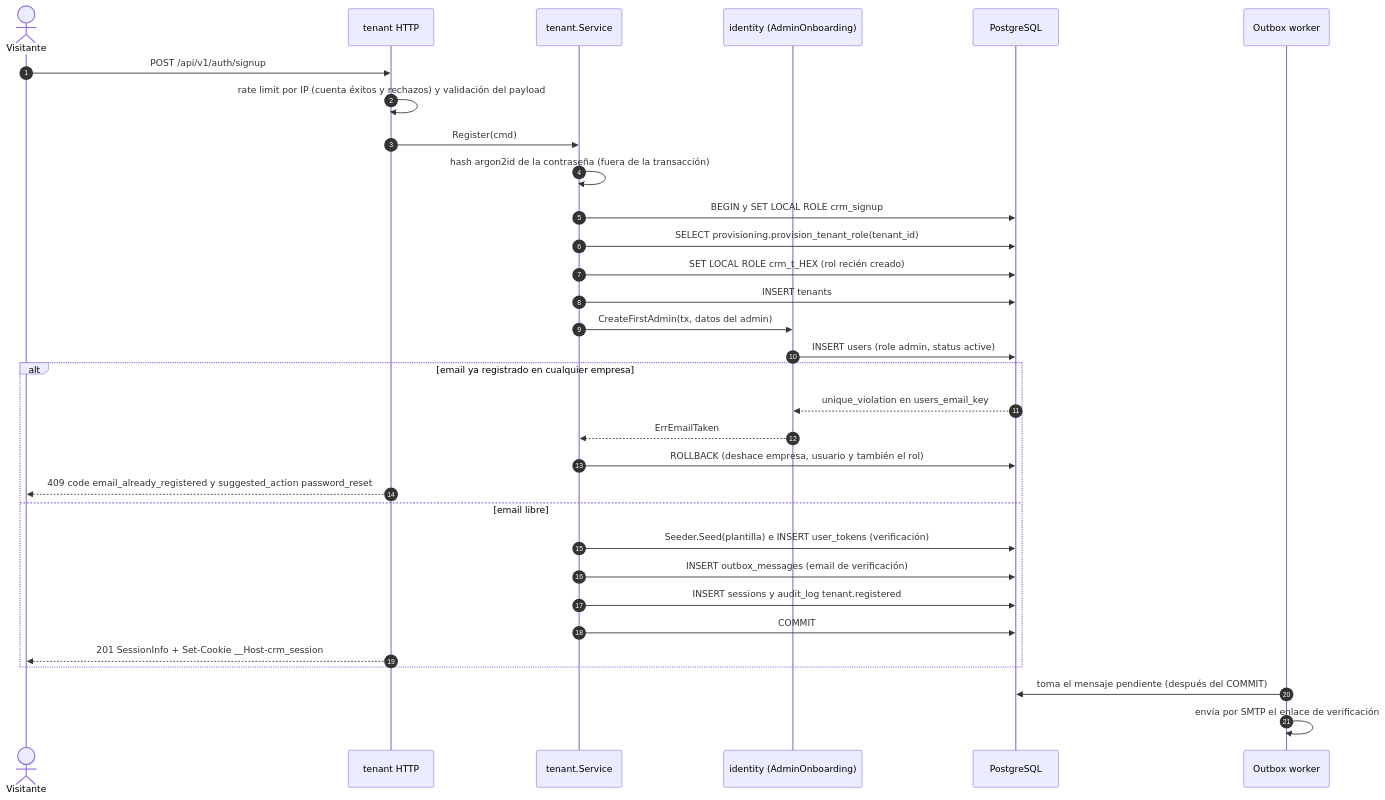
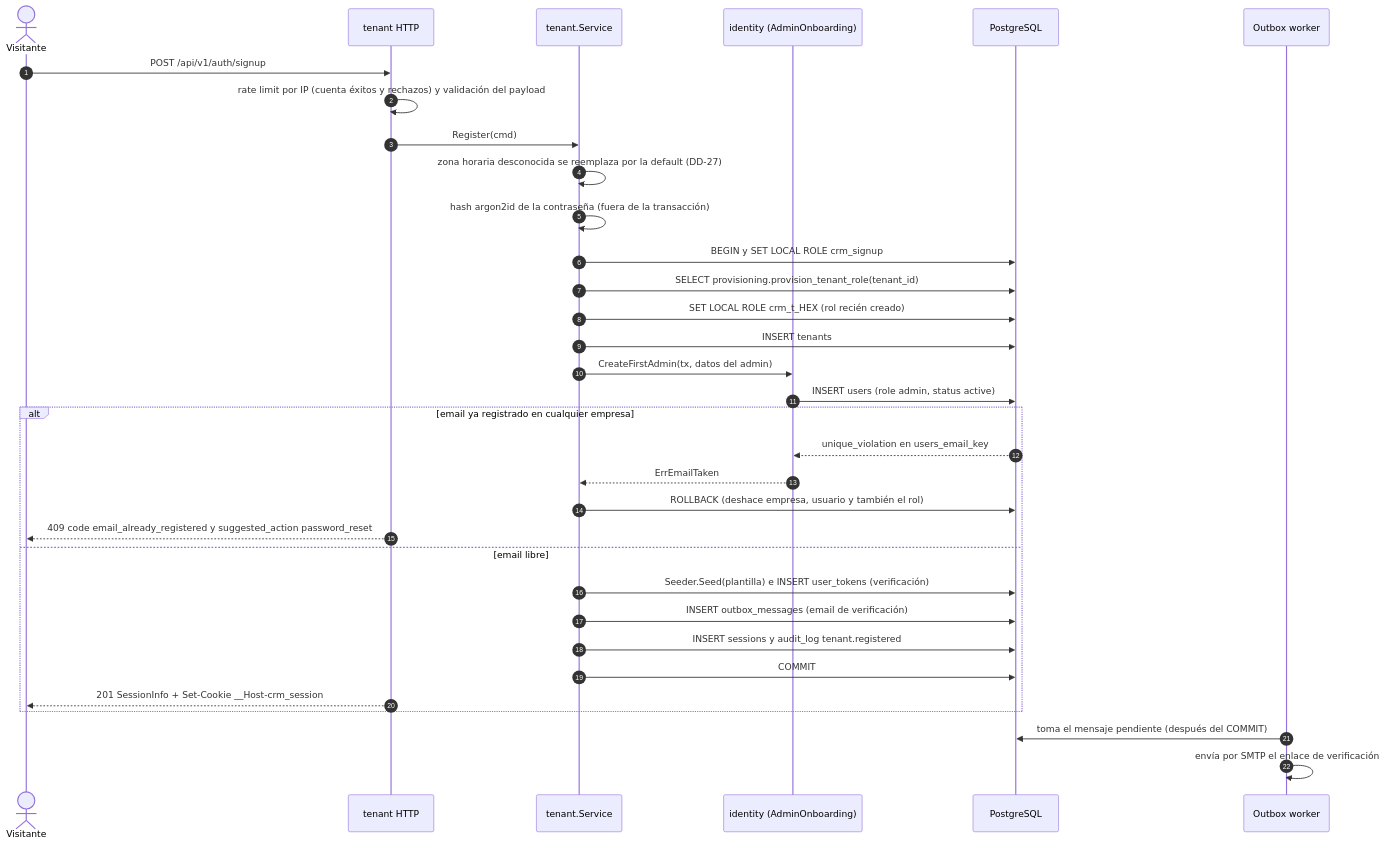
Before and after one commit to fdelillo/crm: the second of 9 diagrams in specs/001-empresas-usuarios/plan.md, drawn with Mermaid. The commit also changed other lines of this file and 8 other files, not shown here.

````diff
--- a/specs/001-empresas-usuarios/plan.md
+++ b/specs/001-empresas-usuarios/plan.md
@@ -216,35 +247,36 @@
 ```mermaid
 sequenceDiagram
     autonumber
     actor V as Visitante
     participant H as tenant HTTP
     participant S as tenant.Service
     participant I as identity (AdminOnboarding)
     participant DB as PostgreSQL
     participant W as Outbox worker
 
     V->>H: POST /api/v1/auth/signup
     H->>H: rate limit por IP (cuenta éxitos y rechazos) y validación del payload
     H->>S: Register(cmd)
+    S->>S: zona horaria desconocida se reemplaza por la default (DD-27)
     S->>S: hash argon2id de la contraseña (fuera de la transacción)
     S->>DB: BEGIN y SET LOCAL ROLE crm_signup
     S->>DB: SELECT provisioning.provision_tenant_role(tenant_id)
     S->>DB: SET LOCAL ROLE crm_t_HEX (rol recién creado)
     S->>DB: INSERT tenants
     S->>I: CreateFirstAdmin(tx, datos del admin)
     I->>DB: INSERT users (role admin, status active)
     alt email ya registrado en cualquier empresa
         DB-->>I: unique_violation en users_email_key
         I-->>S: ErrEmailTaken
         S->>DB: ROLLBACK (deshace empresa, usuario y también el rol)
         H-->>V: 409 code email_already_registered y suggested_action password_reset
     else email libre
         S->>DB: Seeder.Seed(plantilla) e INSERT user_tokens (verificación)
         S->>DB: INSERT outbox_messages (email de verificación)
         S->>DB: INSERT sessions y audit_log tenant.registered
         S->>DB: COMMIT
         H-->>V: 201 SessionInfo + Set-Cookie __Host-crm_session
     end
     W->>DB: toma el mensaje pendiente (después del COMMIT)
     W->>W: envía por SMTP el enlace de verificación
 ```
````
